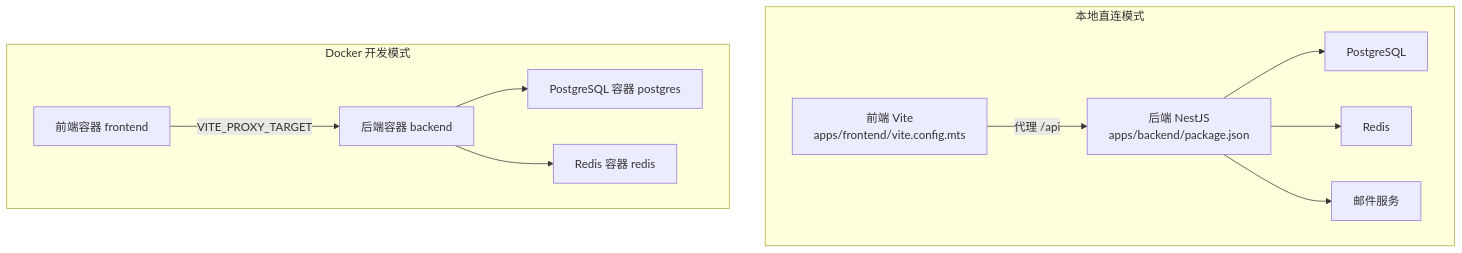
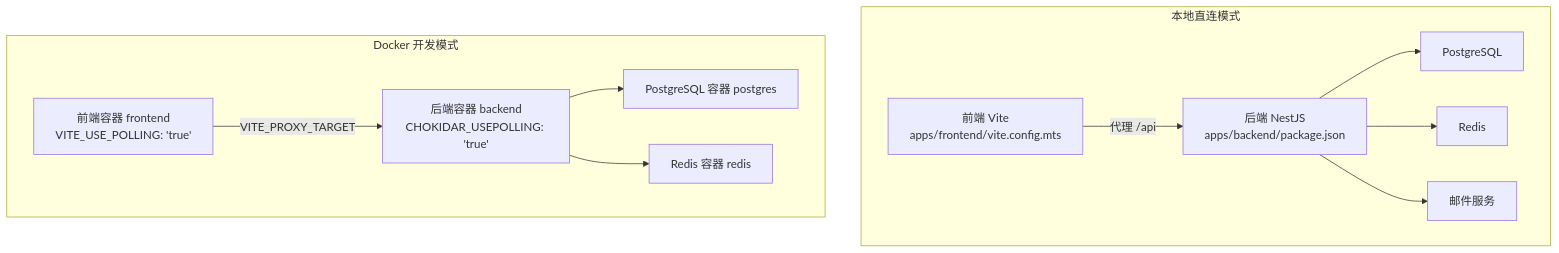
The second of 6 diagrams in .qoder/repowiki/zh/content/开发指南/开发环境搭建.md (xixixiaoyu/Todo), drawn with Mermaid before and after one commit. The commit also changed other lines of this file and 4 other files, not shown here.

````diff
--- a/.qoder/repowiki/zh/content/开发指南/开发环境搭建.md
+++ b/.qoder/repowiki/zh/content/开发指南/开发环境搭建.md
@@ -102,23 +114,23 @@
 ```mermaid
 graph TB
 subgraph "本地直连模式"
 FE["前端 Vite<br/>apps/frontend/vite.config.mts"]
 BE["后端 NestJS<br/>apps/backend/package.json"]
 DB["PostgreSQL"]
 RD["Redis"]
 Mail["邮件服务"]
 FE --> |"代理 /api"| BE
 BE --> DB
 BE --> RD
 BE --> Mail
 end
 subgraph "Docker 开发模式"
-D_FE["前端容器 frontend"]
-D_BE["后端容器 backend"]
+D_FE["前端容器 frontend<br/>VITE_USE_POLLING: 'true'"]
+D_BE["后端容器 backend<br/>CHOKIDAR_USEPOLLING: 'true'"]
 D_DB["PostgreSQL 容器 postgres"]
 D_RD["Redis 容器 redis"]
 D_FE --> |"VITE_PROXY_TARGET"| D_BE
 D_BE --> D_DB
 D_BE --> D_RD
 end
 ```
````
